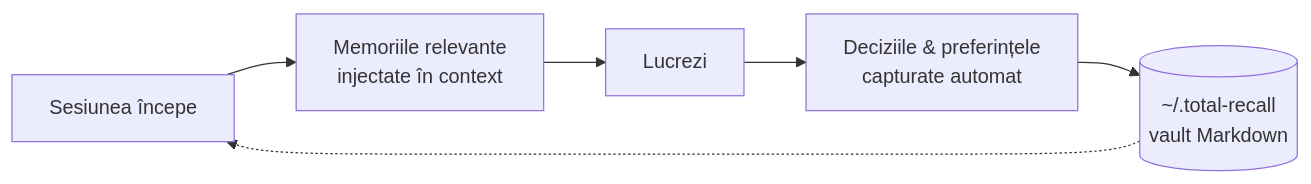
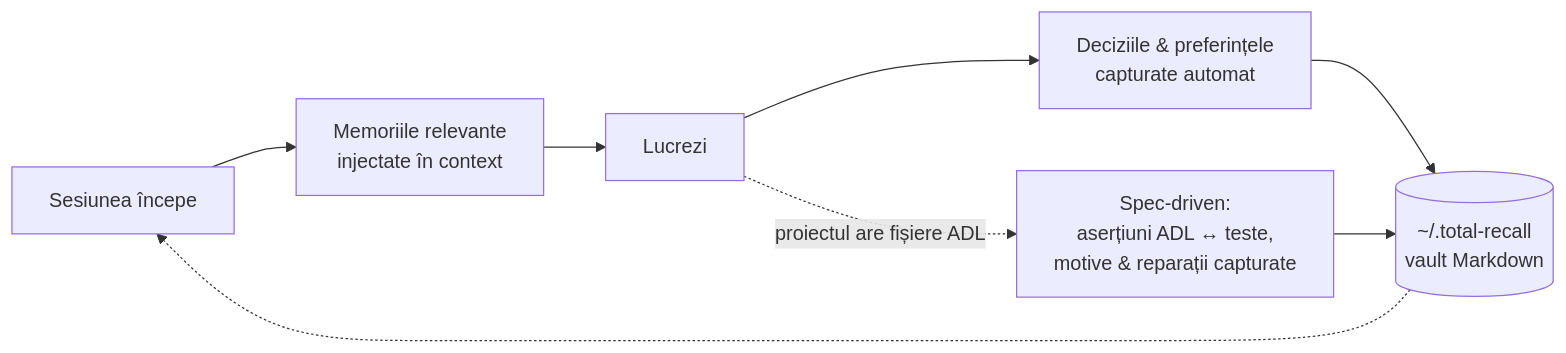
The first of 2 diagrams in README-ro.md (adrian-balaban/total-recall), drawn with Mermaid before and after one commit. The commit also changed other lines of this file and 7 other files, not shown here.

First line of the commit message:
chore: release 1.3.1; spec-driven in READMEs; refresh coverage/mutation figures

````diff
--- a/README-ro.md
+++ b/README-ro.md
@@ -19,8 +20,10 @@
 ```mermaid
 flowchart LR
     A[Sesiunea începe] --> B[Memoriile relevante<br/>injectate în context]
     B --> C[Lucrezi]
     C --> D[Deciziile & preferințele<br/>capturate automat]
     D --> E[(~/.total-recall<br/>vault Markdown)]
     E -.-> A
+    C -.->|proiectul are fișiere ADL| G[Spec-driven:<br/>aserțiuni ADL ↔ teste,<br/>motive & reparații capturate]
+    G --> E
 ```
````
